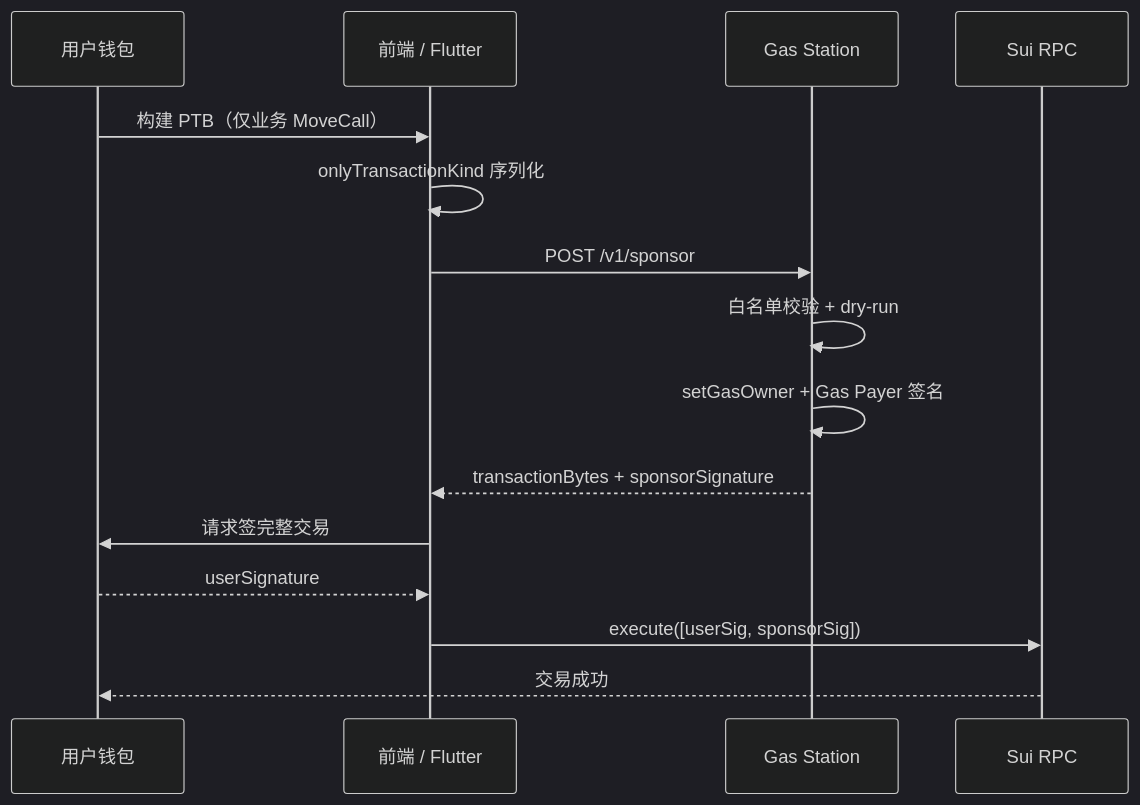
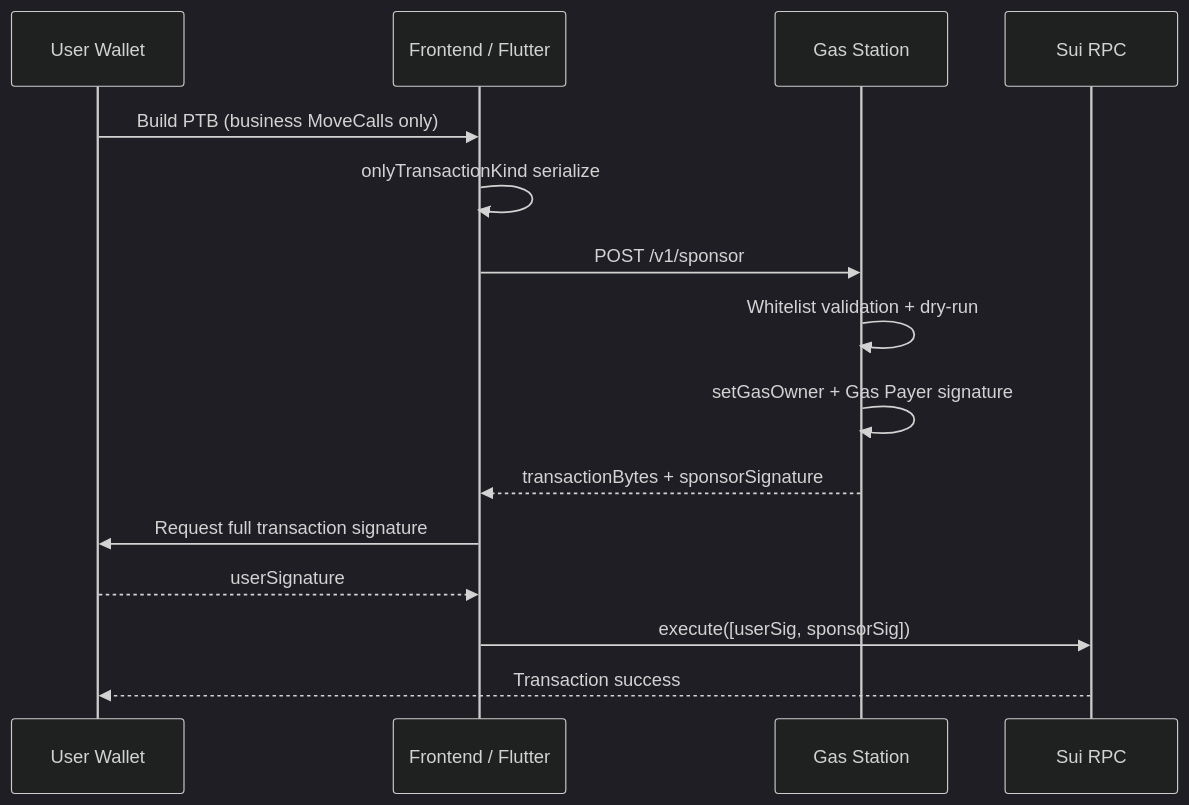
One commit to bamaao/x-market changed the diagram in docs/gas-station-implementation.md. Above: the diagram before and after it, drawn with Mermaid (dark theme). The commit also changed other lines of this file and 93 other files, not shown here.

````diff
--- a/docs/gas-station-implementation.md
+++ b/docs/gas-station-implementation.md
@@ -56,18 +58,18 @@
 ```mermaid
 sequenceDiagram
-    participant User as 用户钱包
-    participant UI as 前端 / Flutter
+    participant User as User Wallet
+    participant UI as Frontend / Flutter
     participant GS as Gas Station
     participant Chain as Sui RPC
 
-    User->>UI: 构建 PTB（仅业务 MoveCall）
-    UI->>UI: onlyTransactionKind 序列化
+    User->>UI: Build PTB (business MoveCalls only)
+    UI->>UI: onlyTransactionKind serialize
     UI->>GS: POST /v1/sponsor
-    GS->>GS: 白名单校验 + dry-run
-    GS->>GS: setGasOwner + Gas Payer 签名
+    GS->>GS: Whitelist validation + dry-run
+    GS->>GS: setGasOwner + Gas Payer signature
     GS-->>UI: transactionBytes + sponsorSignature
-    UI->>User: 请求签完整交易
+    UI->>User: Request full transaction signature
     User-->>UI: userSignature
     UI->>Chain: execute([userSig, sponsorSig])
-    Chain-->>User: 交易成功
+    Chain-->>User: Transaction success
 ```
````
